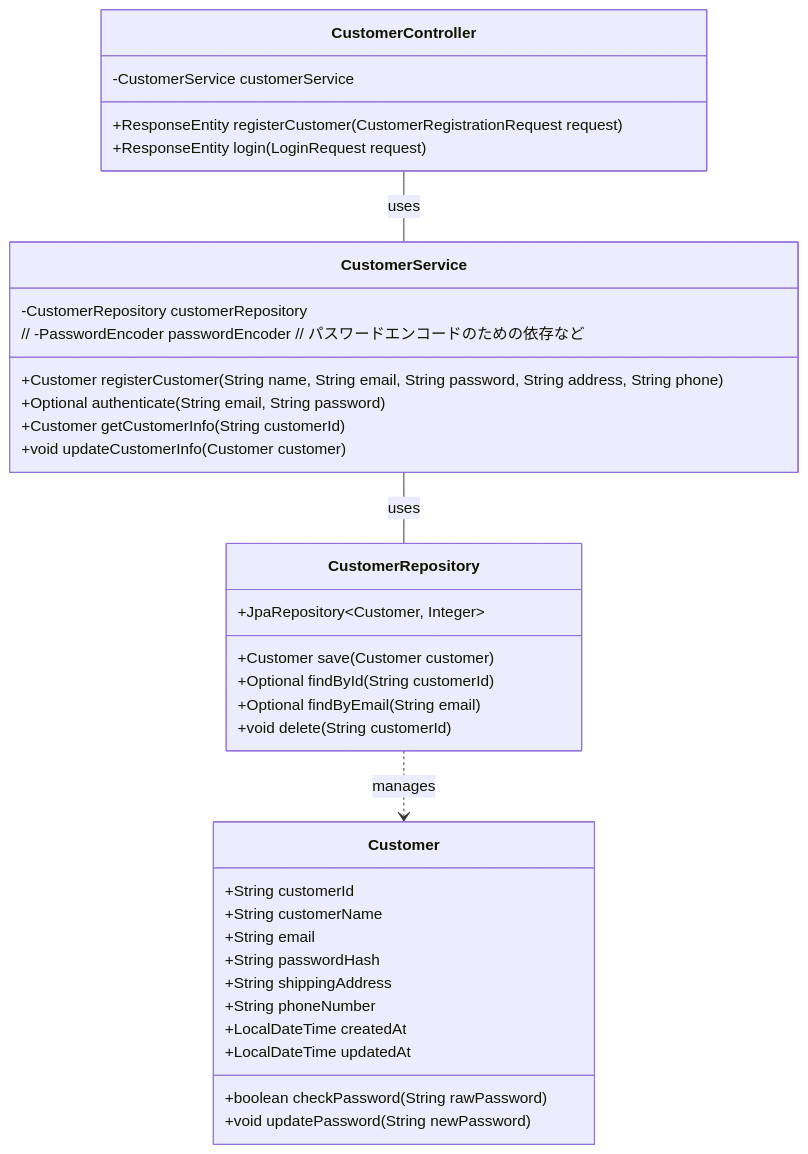
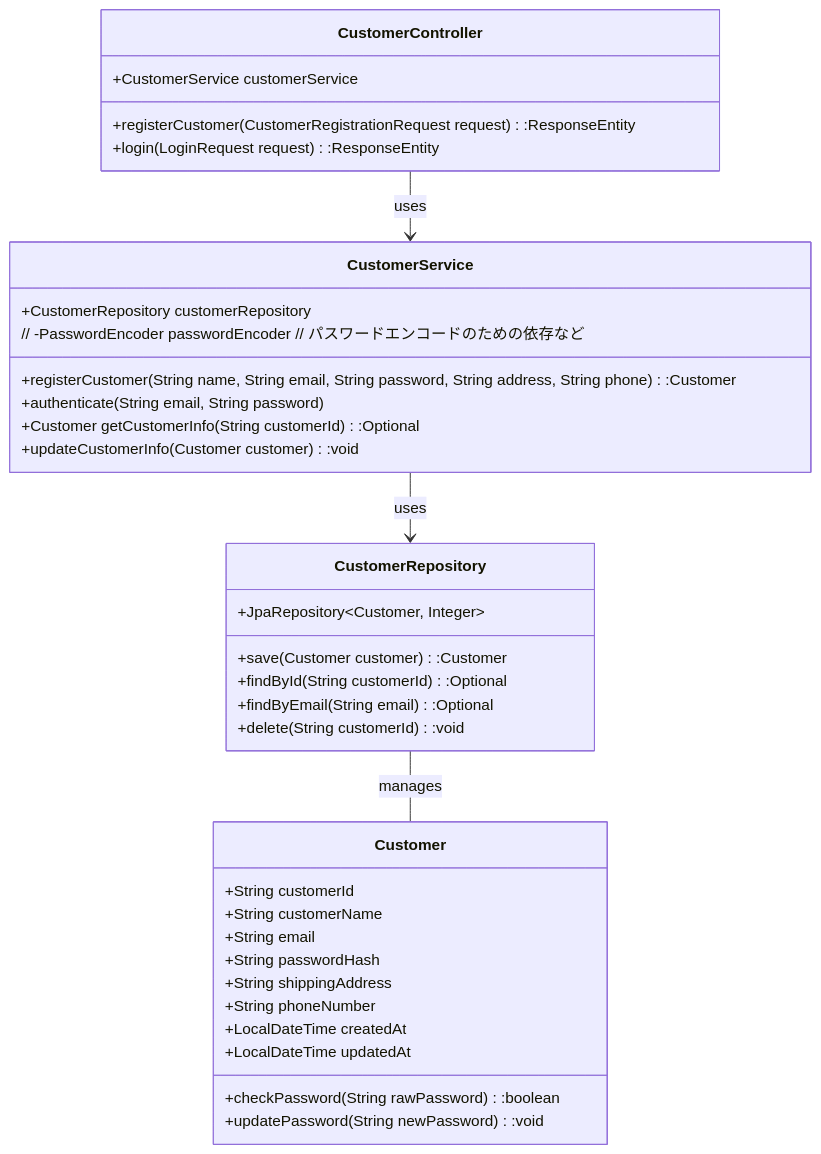
Before and after one commit to ainaga09/ACE: the fourth of 4 diagrams in 基本設計/はじめに.md, drawn with Mermaid. The commit also changed other lines of this file, not shown here.

```diff
--- a/基本設計/はじめに.md
+++ b/基本設計/はじめに.md
@@ -248,39 +263,39 @@
 <div class="mermaid">
 classDiagram
-    CustomerController -- CustomerService : uses
-    CustomerService -- CustomerRepository : uses
-    CustomerRepository ..> Customer : manages
+    CustomerController --> CustomerService : uses
+    CustomerService --> CustomerRepository : uses
+    CustomerRepository -- Customer : manages
 
     class CustomerController {
-        -CustomerService customerService
-        +ResponseEntity<CustomerRegistrationResponse> registerCustomer(CustomerRegistrationRequest request)
-        +ResponseEntity<LoginResponse> login(LoginRequest request)
+        +CustomerService customerService
+        +registerCustomer(CustomerRegistrationRequest request):ResponseEntity<CustomerRegistrationResponse> 
+        +login(LoginRequest request):ResponseEntity<LoginResponse> 
     }
     class CustomerService {
-        -CustomerRepository customerRepository
+        +CustomerRepository customerRepository
         // -PasswordEncoder passwordEncoder // パスワードエンコードのための依存など
-        +Customer registerCustomer(String name, String email, String password, String address, String phone)
-        +Optional<Customer> authenticate(String email, String password)
-        +Customer getCustomerInfo(String customerId)
-        +void updateCustomerInfo(Customer customer)
+        +registerCustomer(String name, String email, String password, String address, String phone):Customer 
+        +authenticate(String email, String password)
+        +Customer getCustomerInfo(String customerId):Optional<Customer> 
+        +updateCustomerInfo(Customer customer):void 
     }
     class CustomerRepository {
         +JpaRepository~Customer, Integer~
-        +Customer save(Customer customer)
-        +Optional<Customer> findById(String customerId)
-        +Optional<Customer> findByEmail(String email)
-        +void delete(String customerId)
+        +save(Customer customer):Customer 
+        +findById(String customerId):Optional<Customer> 
+        +findByEmail(String email):Optional<Customer> 
+        +delete(String customerId):void 
     }
     class Customer {
         +String customerId
         +String customerName
         +String email
         +String passwordHash
         +String shippingAddress
         +String phoneNumber
         +LocalDateTime createdAt
         +LocalDateTime updatedAt
-        +boolean checkPassword(String rawPassword)
-        +void updatePassword(String newPassword)
+        +checkPassword(String rawPassword):boolean 
+        +updatePassword(String newPassword):void 
     }
 </div>
```
